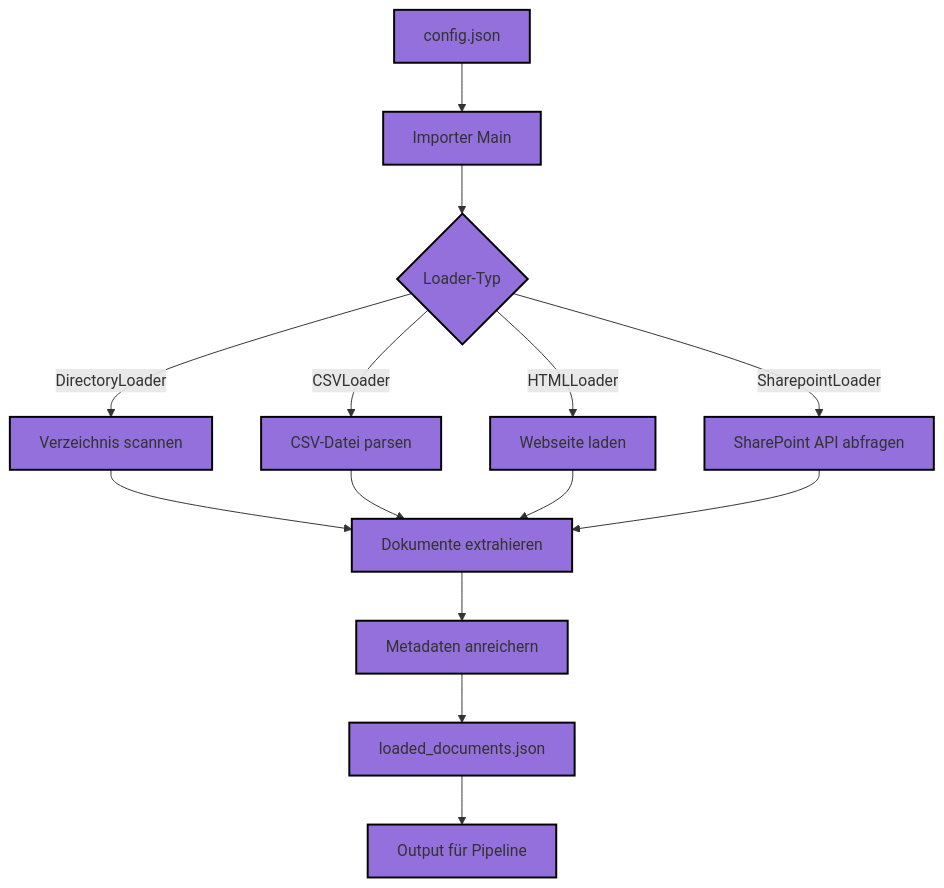
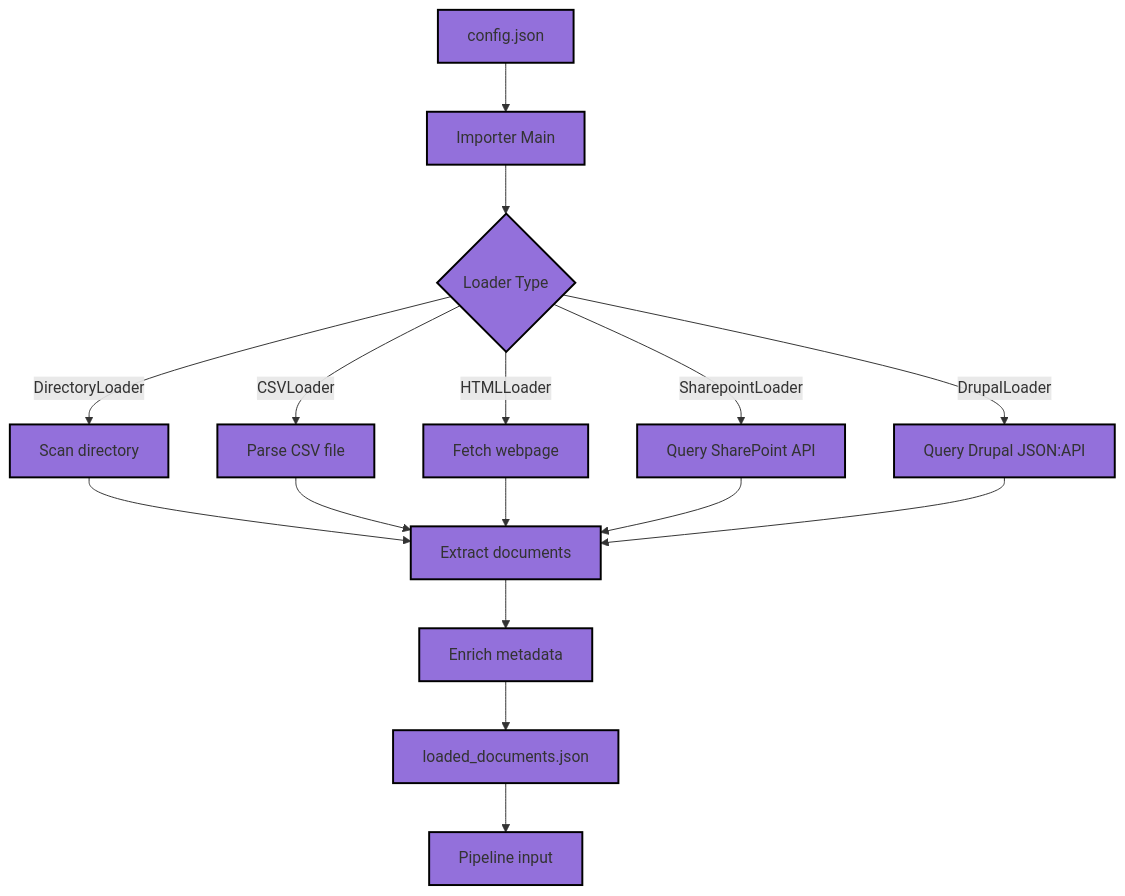
One commit to Learn2RAG/configurator changed the diagram in learn2rag/importer/readme.md. Above: the diagram before and after it, drawn with Mermaid. The commit also changed other lines of this file and 10 other files, not shown here.

````diff
--- a/learn2rag/importer/readme.md
+++ b/learn2rag/importer/readme.md
@@ -25,31 +36,32 @@
 ```mermaid
 graph TD
     A[config.json] --> B[Importer Main]
-    B --> C{Loader-Typ}
-    C -->|DirectoryLoader| D[Verzeichnis scannen]
-    C -->|CSVLoader| E[CSV-Datei parsen]
+    B --> C{Loader Type}
+    C -->|DirectoryLoader| D[Scan directory]
+    C -->|CSVLoader| E[Parse CSV file]
+    C -->|HTMLLoader| F[Fetch webpage]
+    C -->|SharepointLoader| G[Query SharePoint API]
+    C -->|DrupalLoader| H[Query Drupal JSON:API]
+    D --> I[Extract documents]
+    E --> I
+    F --> I
+    G --> I
+    H --> I
+    I --> J[Enrich metadata]
+    J --> K[loaded_documents.json]
+    K --> L[Pipeline input]
 
-    C -->|HTMLLoader| F[Webseite laden]
-    C -->|SharepointLoader| G[SharePoint API abfragen]
-    D --> H[Dokumente extrahieren]
-    E --> H
-    F --> H
-    G --> H
-    H --> I[Metadaten anreichern]
-    I --> J[loaded_documents.json]
-    J --> K[Output für Pipeline]
-
-    %% Styles: Lila Boxen mit schwarzem Rand, weißer Hintergrund (Standard)
     classDef purple fill:#9370db,stroke:#000000,stroke-width:2px
     A:::purple
     B:::purple
     C:::purple
     D:::purple
     E:::purple
     F:::purple
     G:::purple
     H:::purple
     I:::purple
     J:::purple
     K:::purple
+    L:::purple
 ```
````
